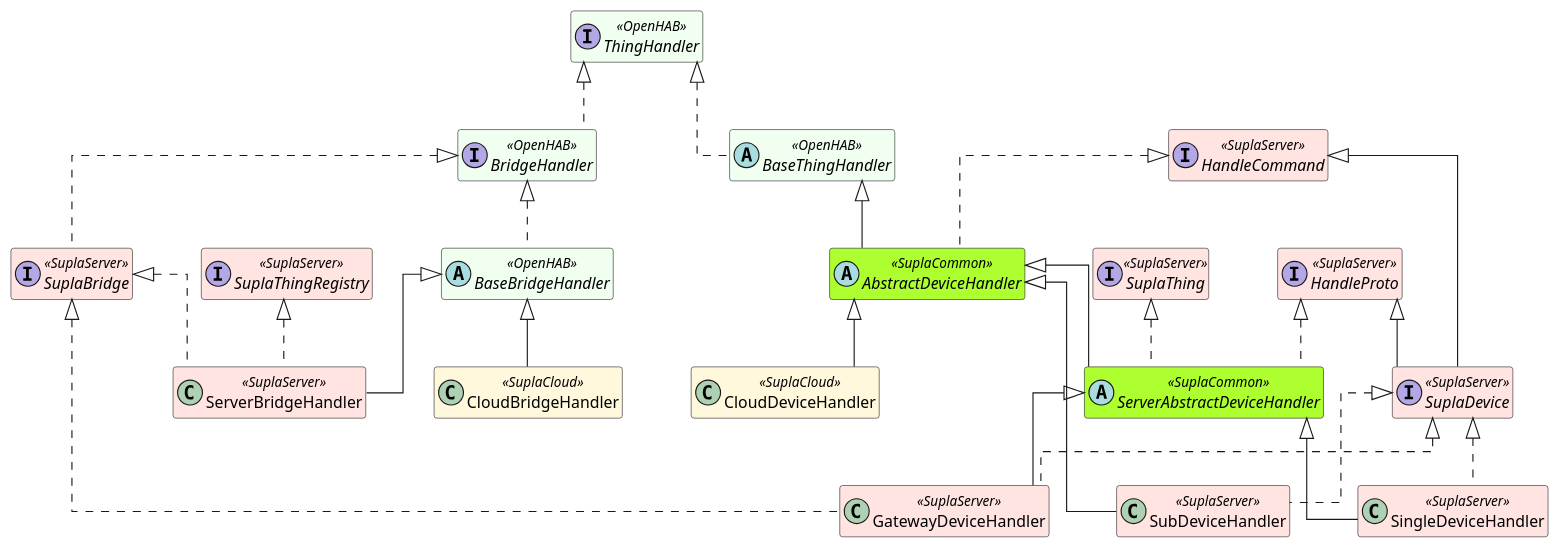
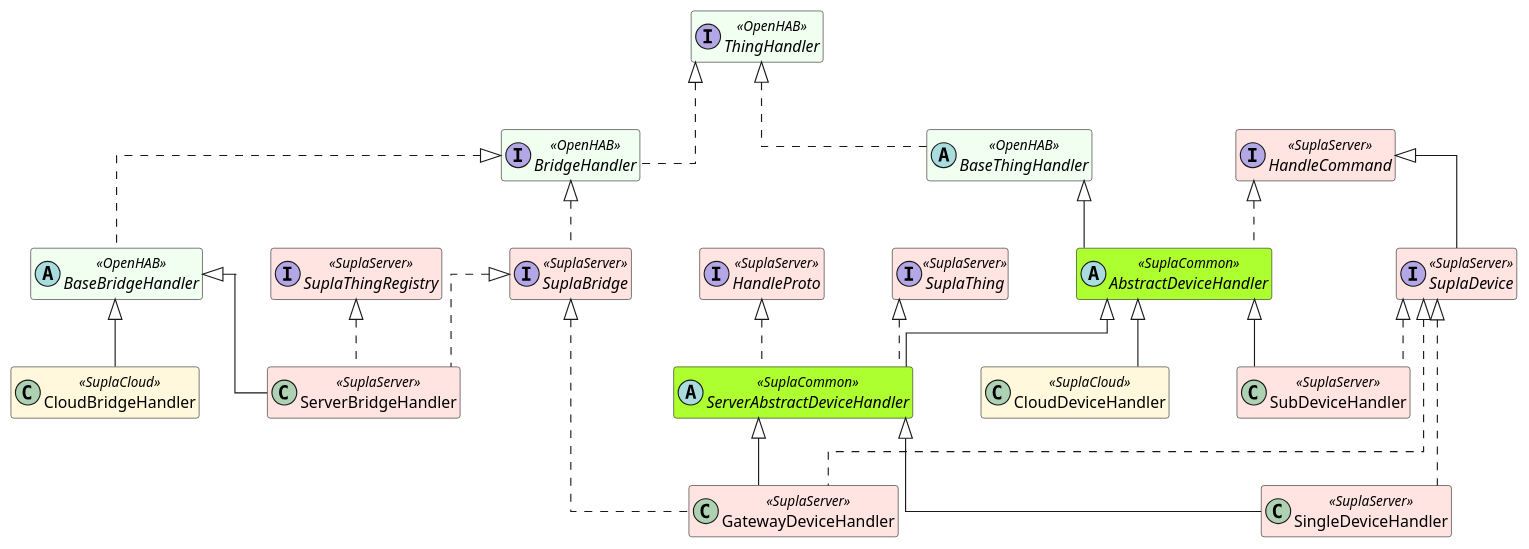
One commit to magx2/openhab-supla changed the diagram in puml/handler-inheritance.puml. Above: the diagram before and after it, drawn with PlantUML. The commit also changed 3 other files, not shown here.

Commit message:
`SuplaDevice` does not extend `SuplaProto`

```diff
--- a/puml/handler-inheritance.puml
+++ b/puml/handler-inheritance.puml
@@ -1,72 +1,71 @@
 @startuml
 skinparam classAttributeIconSize 0
 skinparam linetype ortho
 skinparam nodesep 60
 skinparam ranksep 60
 hide empty members
 
 ' Keep the most-shared abstractions visually at the top
 top to bottom direction
 
 skinparam class {
 BackgroundColor<<OpenHAB>> HoneyDew
 BackgroundColor<<SuplaCloud>> Cornsilk
 BackgroundColor<<SuplaServer>> MistyRose
 BackgroundColor<<SuplaCommon>> GreenYellow
 }
 
 ' Anchor heavily used OpenHAB and Supla abstractions on the top rank
 interface ThingHandler <<OpenHAB>>
 interface BridgeHandler <<OpenHAB>>
 abstract class BaseThingHandler <<OpenHAB>>
 abstract class BaseBridgeHandler <<OpenHAB>>
 
 abstract class AbstractDeviceHandler <<SuplaCommon>>
 abstract class ServerAbstractDeviceHandler <<SuplaCommon>>
 
 interface HandleCommand <<SuplaServer>>
 interface HandleProto <<SuplaServer>>
 interface SuplaDevice <<SuplaServer>>
 interface SuplaThing <<SuplaServer>>
 interface SuplaThingRegistry <<SuplaServer>>
 interface SuplaBridge <<SuplaServer>>
 
 class GatewayDeviceHandler <<SuplaServer>>
 class SingleDeviceHandler <<SuplaServer>>
 class SubDeviceHandler <<SuplaServer>>
 class ServerBridgeHandler <<SuplaServer>>
 
 class CloudBridgeHandler <<SuplaCloud>>
 class CloudDeviceHandler <<SuplaCloud>>
 
 ' OpenHAB core relationships
 ThingHandler <|.. BaseThingHandler
 ThingHandler <|.. BridgeHandler
 BridgeHandler <|.. BaseBridgeHandler
 
 ' Device handler relationships
 BaseThingHandler <|-- AbstractDeviceHandler
 AbstractDeviceHandler <|-- ServerAbstractDeviceHandler
 AbstractDeviceHandler <|-- SubDeviceHandler
 AbstractDeviceHandler <|-- CloudDeviceHandler
 ServerAbstractDeviceHandler <|-- GatewayDeviceHandler
 ServerAbstractDeviceHandler <|-- SingleDeviceHandler
 
 ' Supla trait implementations (device side)
 HandleCommand <|.. AbstractDeviceHandler
 HandleProto <|.. ServerAbstractDeviceHandler
 HandleCommand <|-- SuplaDevice
-HandleProto <|-- SuplaDevice
 SuplaDevice <|.. SubDeviceHandler
 SuplaDevice <|.. SingleDeviceHandler
 SuplaDevice <|.. GatewayDeviceHandler
 SuplaThing <|.. ServerAbstractDeviceHandler
 
 ' Bridge handler relationships
 BaseBridgeHandler <|-- CloudBridgeHandler
 BaseBridgeHandler <|-- ServerBridgeHandler
 BridgeHandler <|.. SuplaBridge
 SuplaBridge <|.. GatewayDeviceHandler
 SuplaBridge <|.. ServerBridgeHandler
 SuplaThingRegistry <|.. ServerBridgeHandler
 @enduml
```
